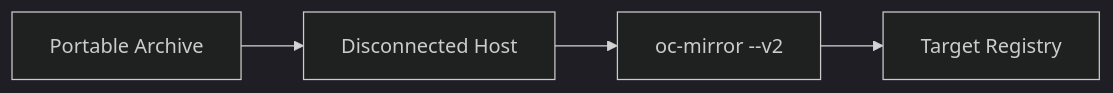
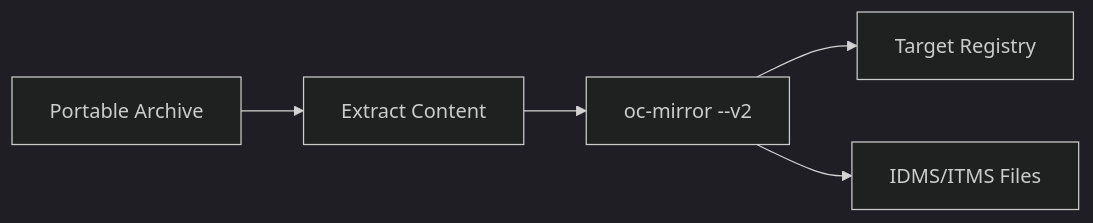
Before and after one commit to RedHatGov/oc-mirror-hackathon: the diagram in docs/flows/from-disk-to-registry.md, drawn with Mermaid (dark theme). The commit also changed other lines of this file and 3 other files, not shown here.

First line of the commit message:
docs: Complete all oc-mirror --v2 flow patterns with tested procedures

````diff
--- a/docs/flows/from-disk-to-registry.md
+++ b/docs/flows/from-disk-to-registry.md
@@ -18,6 +19,7 @@
 ```mermaid
 flowchart LR
-    A[Portable Archive] --> B[Disconnected Host]
+    A[Portable Archive] --> B[Extract Content]
     B --> C[oc-mirror --v2]
     C --> D[Target Registry]
+    C --> E[IDMS/ITMS Files]
 ```
````
